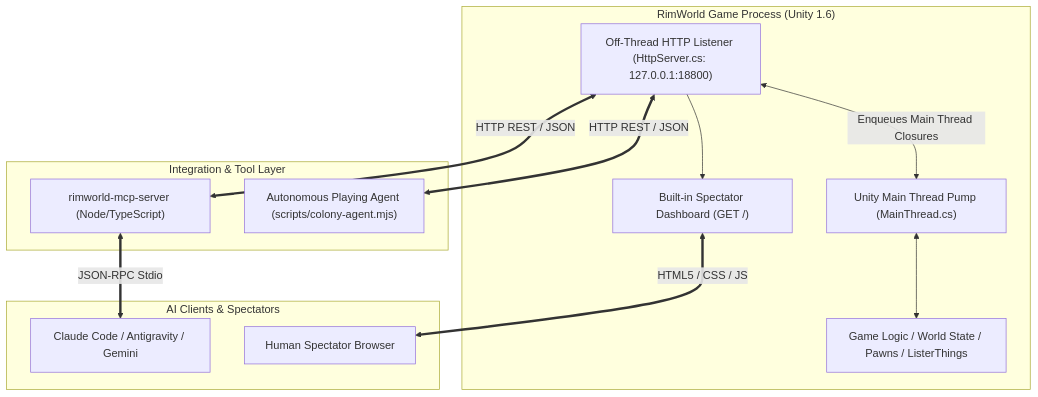
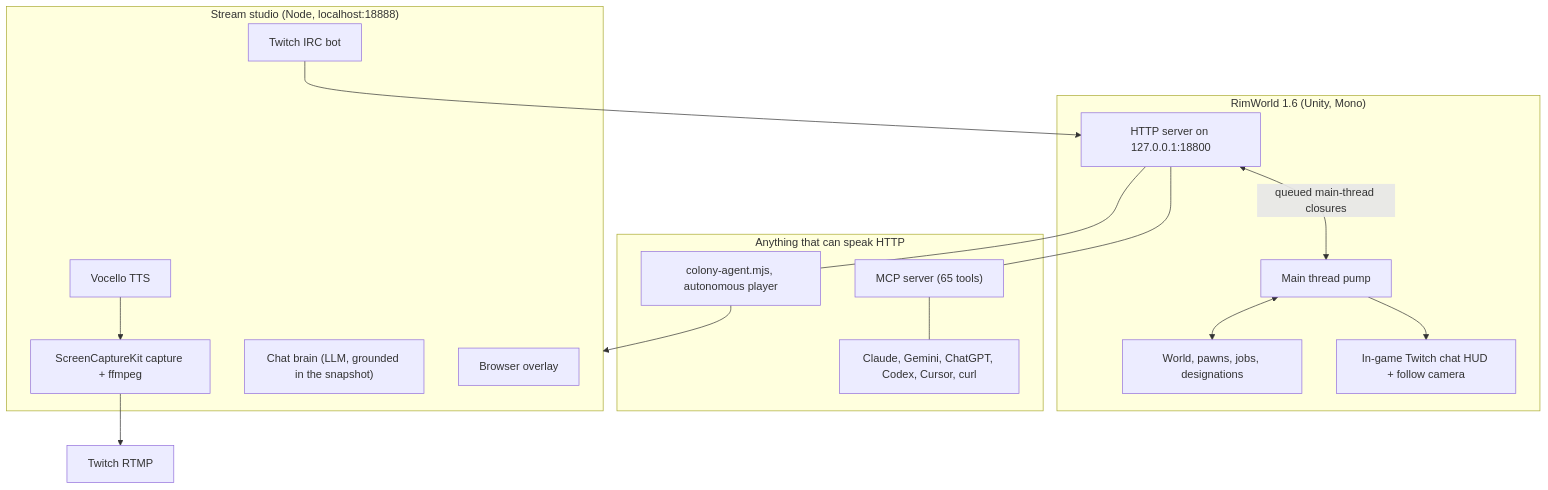
Before and after one commit to consigcody94/rimworld-ai: the diagram in README.md, drawn with Mermaid. The commit also changed other lines of this file and 6 other files, not shown here.

````diff
--- a/README.md
+++ b/README.md
@@ -25,28 +40,34 @@
 ```mermaid
 flowchart TD
-    subgraph RimWorld_Engine ["RimWorld Game Process (Unity 1.6)"]
-        MainLoop["Unity Main Thread Pump (MainThread.cs)"]
-        GameLogic["Game Logic / World State / Pawns / ListerThings"]
-        HttpServer["Off-Thread HTTP Listener (HttpServer.cs: 127.0.0.1:18800)"]
-        WebDash["Built-in Spectator Dashboard (GET /)"]
-        
-        HttpServer <-->|Enqueues Main Thread Closures| MainLoop
-        MainLoop <--> GameLogic
-        HttpServer --> WebDash
+    subgraph Game["RimWorld 1.6 (Unity, Mono)"]
+        Pump["Main thread pump"]
+        World["World, pawns, jobs, designations"]
+        HTTP["HTTP server on 127.0.0.1:18800"]
+        HUD["In-game Twitch chat HUD + follow camera"]
+        HTTP <-->|queued main-thread closures| Pump
+        Pump <--> World
+        Pump --> HUD
     end
 
-    subgraph Adapters ["Integration & Tool Layer"]
-        MCPServer["rimworld-mcp-server (Node/TypeScript)"]
-        ColonyScript["Autonomous Playing Agent (scripts/colony-agent.mjs)"]
+    subgraph Agents["Anything that can speak HTTP"]
+        MCP["MCP server (65 tools)"]
+        Agent["colony-agent.mjs, autonomous player"]
+        Any["Claude, Gemini, ChatGPT, Codex, Cursor, curl"]
     end
 
-    subgraph Agents ["AI Clients & Spectators"]
-        ClaudeAgent["Claude Code / Antigravity / Gemini"]
-        HumanSpectator["Human Spectator Browser"]
+    subgraph Studio["Stream studio (Node, localhost:18888)"]
+        Capture["ScreenCaptureKit capture + ffmpeg"]
+        Chat["Twitch IRC bot"]
+        Brain["Chat brain (LLM, grounded in the snapshot)"]
+        Voice["Vocello TTS"]
+        Overlay["Browser overlay"]
     end
 
-    HttpServer <==>|HTTP REST / JSON| MCPServer
-    HttpServer <==>|HTTP REST / JSON| ColonyScript
-    MCPServer <==>|JSON-RPC Stdio| ClaudeAgent
-    WebDash <==>|HTML5 / CSS / JS| HumanSpectator
+    HTTP --- MCP
+    HTTP --- Agent
+    MCP --- Any
+    Agent --> Studio
+    Chat --> HTTP
+    Capture --> Twitch["Twitch RTMP"]
+    Voice --> Capture
 ```
````
